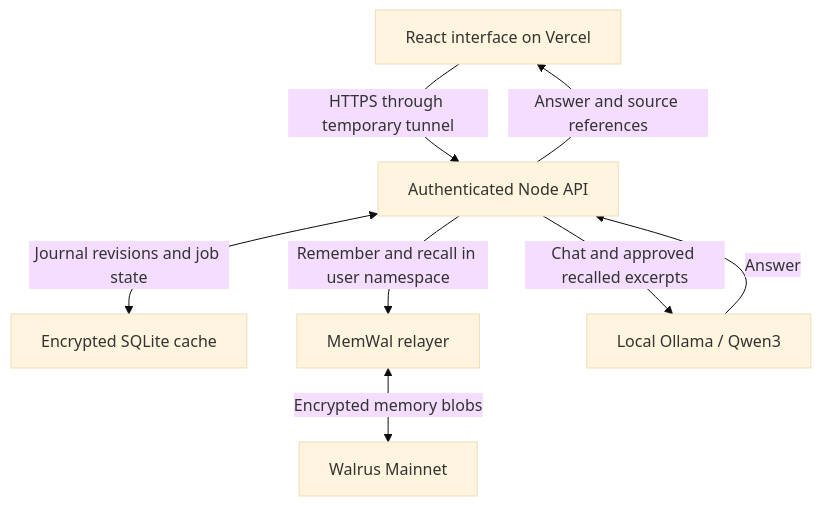
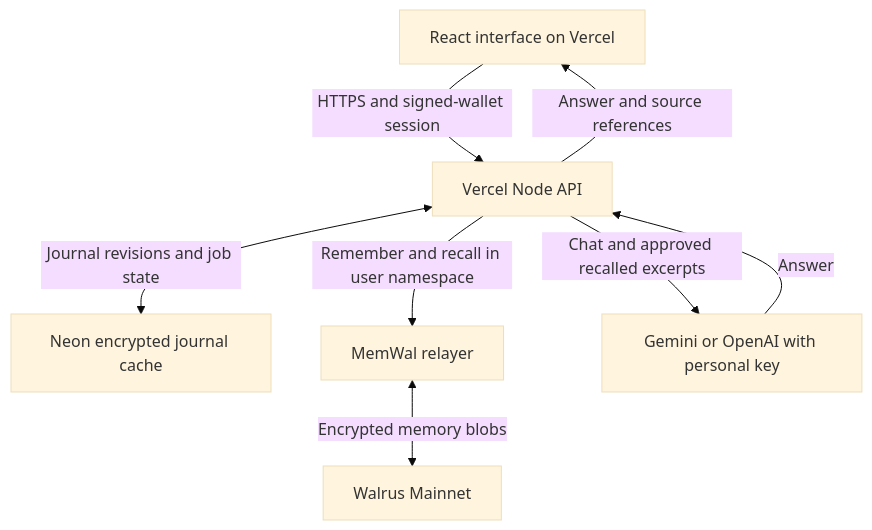
The diagram in README.md (Olympusxvn/WalPen), drawn with Mermaid (base theme) before and after one commit. The commit also changed other lines of this file and 21 other files, not shown here.

````diff
--- a/README.md
+++ b/README.md
@@ -94,10 +94,10 @@
 ```mermaid
 flowchart TD
-    UI[React interface on Vercel] -->|HTTPS through temporary tunnel| API[Authenticated Node API]
-    API <-->|Journal revisions and job state| DB[Encrypted SQLite cache]
+    UI[React interface on Vercel] -->|HTTPS and signed-wallet session| API[Vercel Node API]
+    API <-->|Journal revisions and job state| DB[Neon encrypted journal cache]
     API -->|Remember and recall in user namespace| MW[MemWal relayer]
     MW <-->|Encrypted memory blobs| WAL[Walrus Mainnet]
-    API -->|Chat and approved recalled excerpts| LLM[Local Ollama / Qwen3]
+    API -->|Chat and approved recalled excerpts| LLM[Gemini or OpenAI with personal key]
     LLM -->|Answer| API
     API -->|Answer and source references| UI
 ```
````
